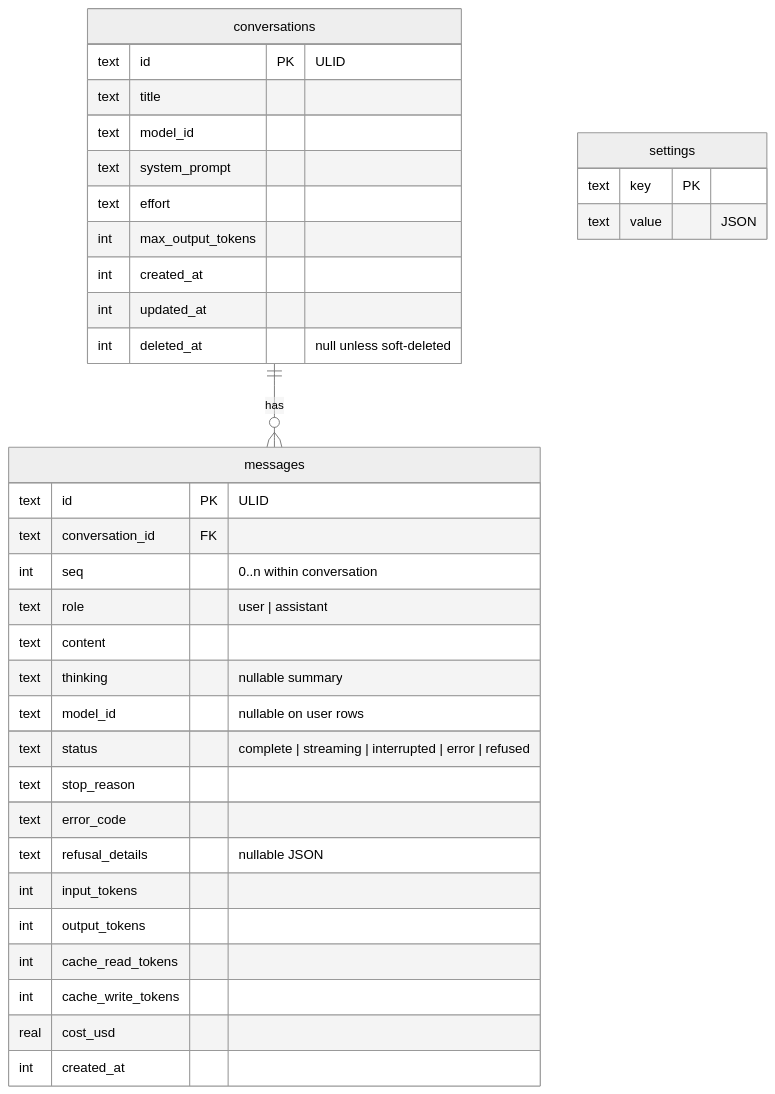
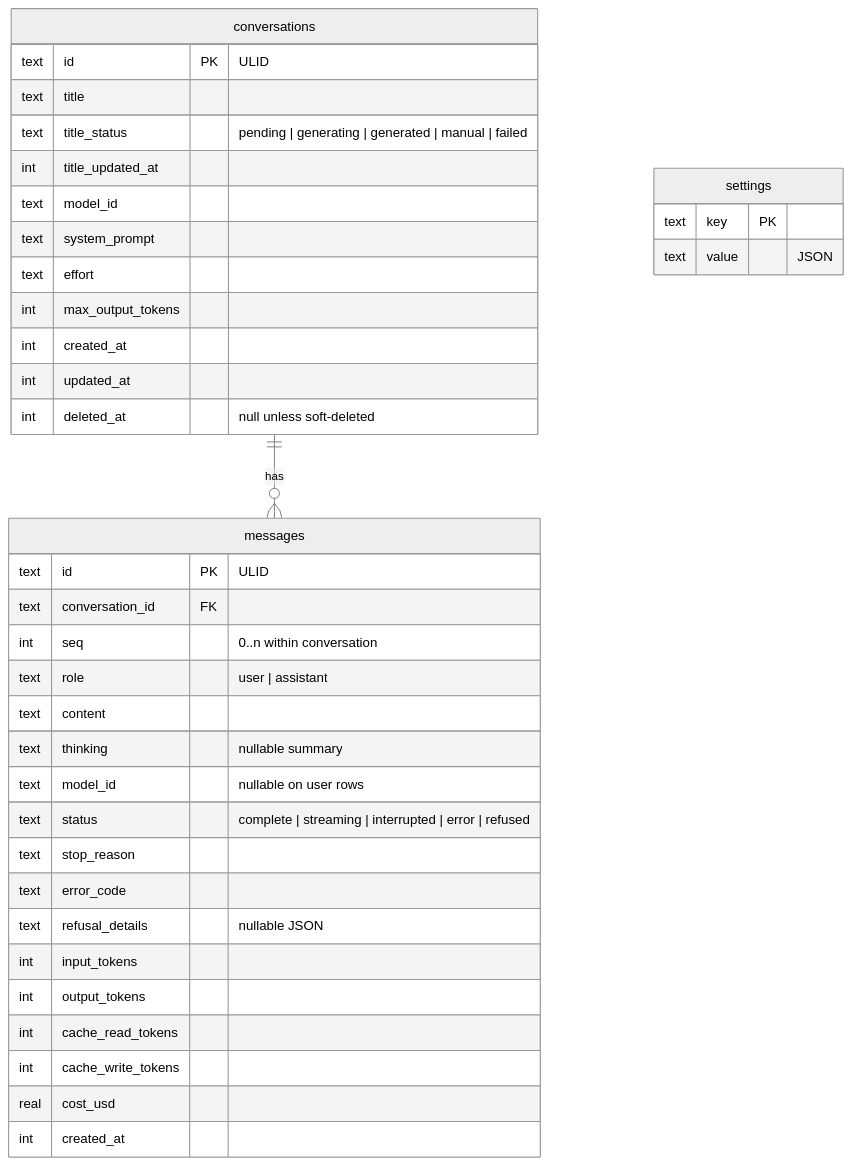
Before and after one commit to thedanielyuan/zeus-agent: the third of 3 diagrams in docs/ARCHITECTURE.md, drawn with Mermaid (neutral theme). The commit also changed other lines of this file and 47 other files, not shown here.

````diff
--- a/docs/ARCHITECTURE.md
+++ b/docs/ARCHITECTURE.md
@@ -305,38 +307,40 @@
 ```mermaid
 erDiagram
   conversations ||--o{ messages : has
   conversations {
     text id PK "ULID"
     text title
+    text title_status "pending | generating | generated | manual | failed"
+    int title_updated_at
     text model_id
     text system_prompt
     text effort
     int  max_output_tokens
     int  created_at
     int  updated_at
     int  deleted_at "null unless soft-deleted"
   }
   messages {
     text id PK "ULID"
     text conversation_id FK
     int  seq "0..n within conversation"
     text role "user | assistant"
     text content
     text thinking "nullable summary"
     text model_id "nullable on user rows"
     text status "complete | streaming | interrupted | error | refused"
     text stop_reason
     text error_code
     text refusal_details "nullable JSON"
     int  input_tokens
     int  output_tokens
     int  cache_read_tokens
     int  cache_write_tokens
     real cost_usd
     int  created_at
   }
   settings {
     text key PK
     text value "JSON"
   }
 ```
````
